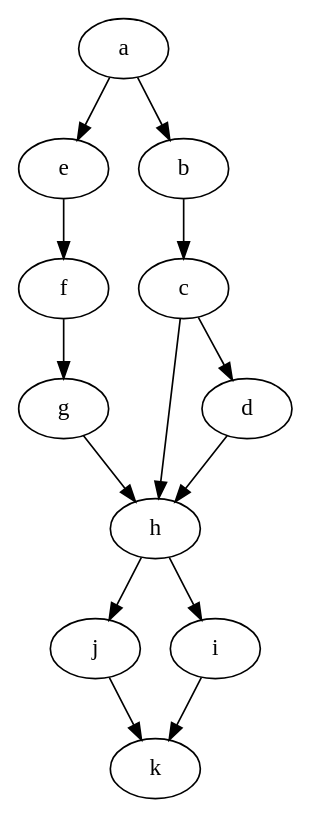
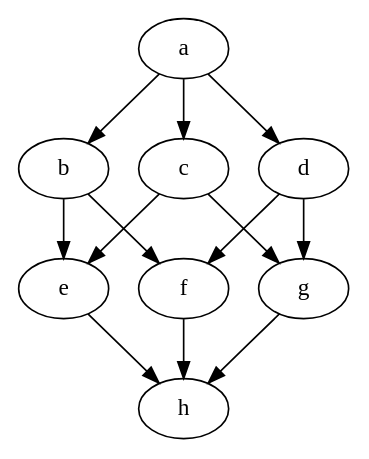
The diagram in src/input.dot (accfmax95/CSE-464-2023-mjberry4), drawn with Graphviz before and after one commit. The commit also changed 11 other files, not shown here.

Commit message:
Polished randomwalk. The Strategy Design and Template Design has been fixed to be more efficient, a new graph has been used for testing, and the output shows each step when iterating through the graph.

```diff
--- a/src/input.dot
+++ b/src/input.dot
@@ -1,15 +1,9 @@
 digraph {
-    a -> e;
-    a -> b;
-    b -> c;
-    c -> h;
-    c -> d;
-    d -> h;
-    e -> f;
-    f -> g;
-    g -> h;
-    h -> j;
-    h -> i;
-    i -> k;
-    j -> k;
+    a -> b -> e
+    a -> d -> f
+    a -> c -> g
+
+    b -> f -> h
+    d -> g -> h
+    c -> e -> h
 }
```
